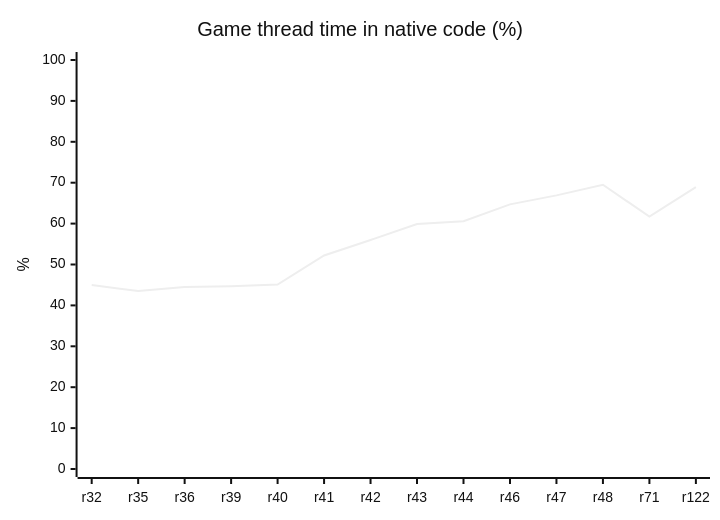
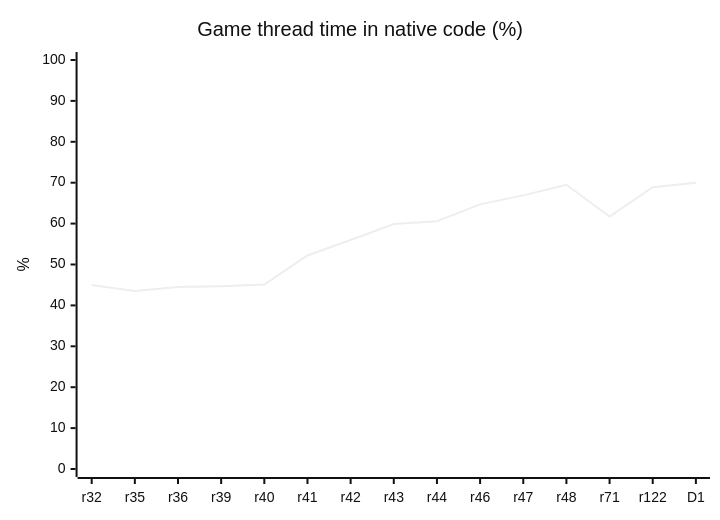
Before and after one commit to HenryKun55/celosia: the diagram in README.md, drawn with Mermaid (neutral theme). The commit also changed other lines of this file and 16 other files, not shown here.

````diff
--- a/README.md
+++ b/README.md
@@ -266,7 +267,7 @@
 ```mermaid
 xychart-beta
     title "Game thread time in native code (%)"
-    x-axis ["r32", "r35", "r36", "r39", "r40", "r41", "r42", "r43", "r44", "r46", "r47", "r48", "r71", "r122"]
+    x-axis ["r32", "r35", "r36", "r39", "r40", "r41", "r42", "r43", "r44", "r46", "r47", "r48", "r71", "r122", "D1"]
     y-axis "%" 0 --> 100
-    line [45.0, 43.5, 44.5, 44.7, 45.1, 52.2, 56.0, 59.9, 60.6, 64.7, 66.9, 69.5, 61.7, 68.9]
+    line [45.0, 43.5, 44.5, 44.7, 45.1, 52.2, 56.0, 59.9, 60.6, 64.7, 66.9, 69.5, 61.7, 68.9, 70.0]
 ```
````
